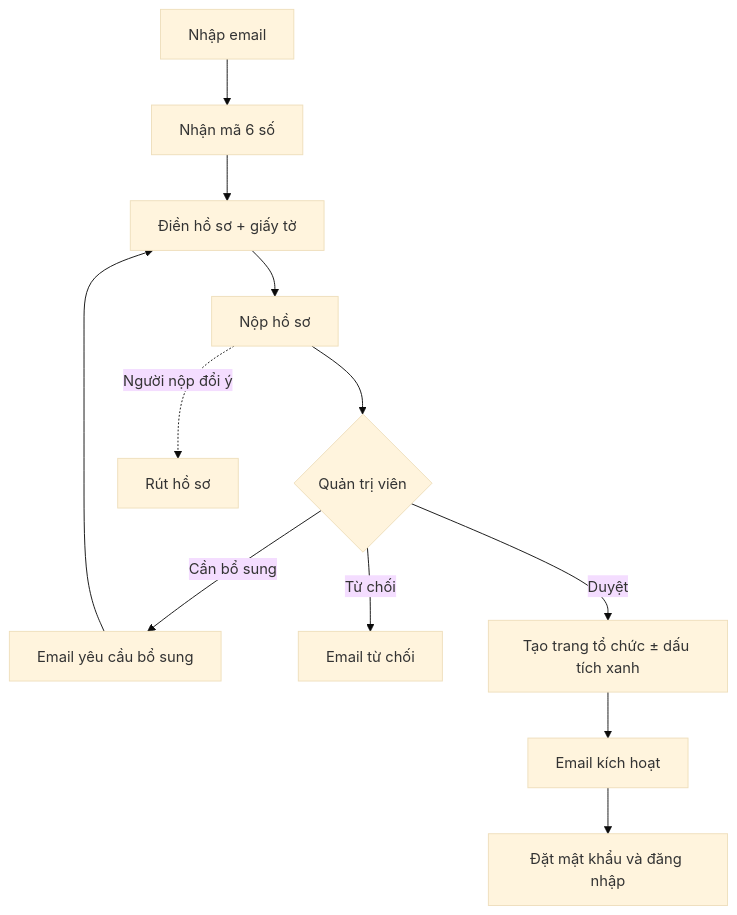
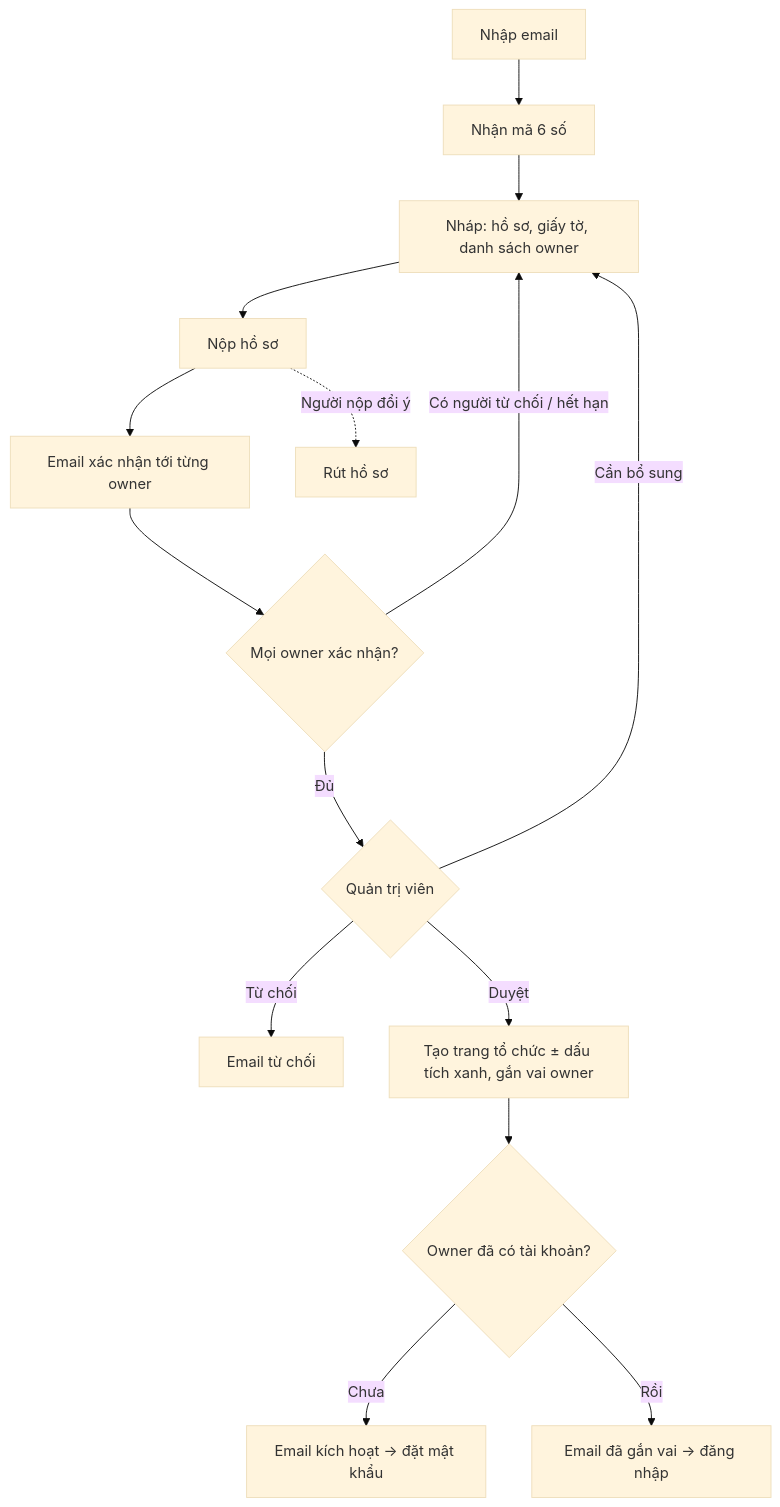
The third of 7 diagrams in BUSINESS-OVERVIEW.md (DOAN2-UQT-KN/ecolink-docs), drawn with Mermaid (base theme) before and after one commit. The commit also changed other lines of this file and 4 other files, not shown here.

Commit message:
docs: update organization creation flow and business rules for owner confirmation and application process

````diff
--- a/BUSINESS-OVERVIEW.md
+++ b/BUSINESS-OVERVIEW.md
@@ -203,14 +215,17 @@
 ```mermaid
 flowchart TD
   A[Nhập email] --> B[Nhận mã 6 số]
-  B --> C[Điền hồ sơ + giấy tờ]
+  B --> C[Nháp: hồ sơ, giấy tờ, danh sách owner]
   C --> D[Nộp hồ sơ]
-  D --> E{Quản trị viên}
-  E -->|Cần bổ sung| F[Email yêu cầu bổ sung]
-  F --> C
+  D --> M[Email xác nhận tới từng owner]
+  M --> Q{Mọi owner xác nhận?}
+  Q -->|Có người từ chối / hết hạn| C
+  Q -->|Đủ| E{Quản trị viên}
+  E -->|Cần bổ sung| C
   E -->|Từ chối| G[Email từ chối]
-  E -->|Duyệt| H[Tạo trang tổ chức ± dấu tích xanh]
-  H --> I[Email kích hoạt]
-  I --> J[Đặt mật khẩu và đăng nhập]
+  E -->|Duyệt| H[Tạo trang tổ chức ± dấu tích xanh, gắn vai owner]
+  H --> T{Owner đã có tài khoản?}
+  T -->|Chưa| I[Email kích hoạt → đặt mật khẩu]
+  T -->|Rồi| J[Email đã gắn vai → đăng nhập]
   D -.->|Người nộp đổi ý| K[Rút hồ sơ]
 ```
````
